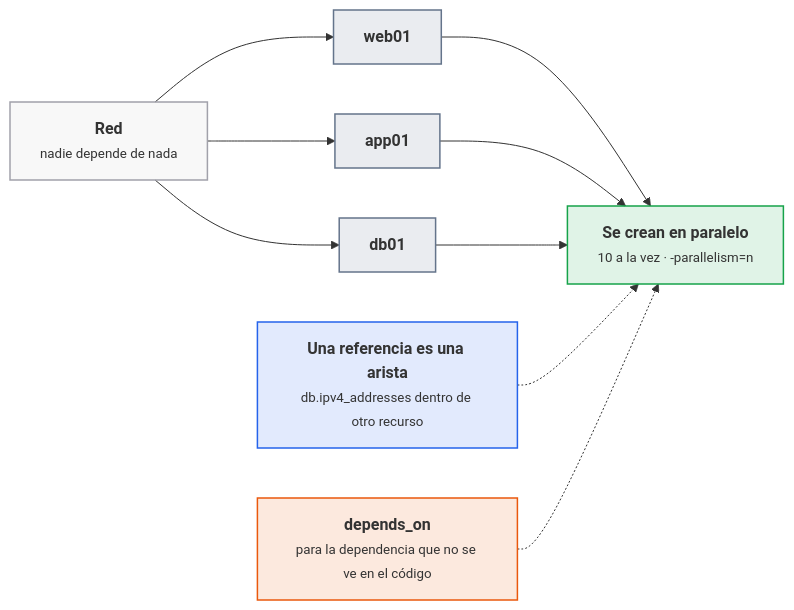
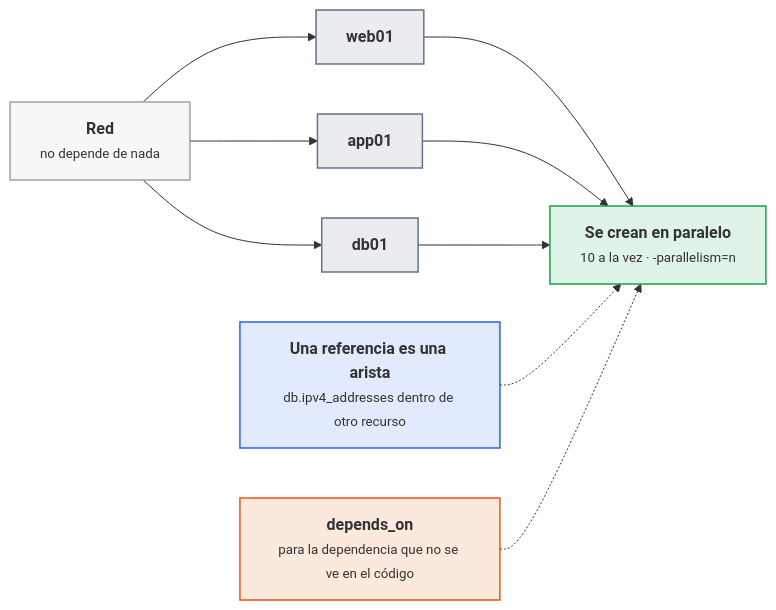
The third of 6 diagrams in docs/ut/ut5-iac.md (victor-educ/apuntes-5166), drawn with Mermaid before and after one commit. The commit also changed other lines of this file and 10 other files, not shown here.

````diff
--- a/docs/ut/ut5-iac.md
+++ b/docs/ut/ut5-iac.md
@@ -401,19 +459,19 @@
 ```mermaid
 flowchart LR
-    N["<b>Red</b><br><small>nadie depende de nada</small>"]:::infra
+    N["<b>Red</b><br><small>no depende de nada</small>"]:::infra
     W["<b>web01</b>"]:::pieza
     A["<b>app01</b>"]:::pieza
     D["<b>db01</b>"]:::pieza
     P["<b>Se crean en paralelo</b><br><small>10 a la vez · -parallelism=n</small>"]:::ok
     REF["<b>Una referencia es una arista</b><br><small>db.ipv4_addresses dentro de otro recurso</small>"]:::dato
     DEP["<b>depends_on</b><br><small>para la dependencia que no se ve en el código</small>"]:::act
     N --> W & A & D --> P
     REF -.-> P
     DEP -.-> P
     classDef act fill:#ea580c22,stroke:#ea580c,stroke-width:1.5px
     classDef pieza fill:#64748b22,stroke:#64748b,stroke-width:1.5px
     classDef dato fill:#2563eb22,stroke:#2563eb,stroke-width:1.5px
     classDef infra fill:#a1a1aa14,stroke:#a1a1aa,stroke-width:1.5px
     classDef ok fill:#16a34a22,stroke:#16a34a,stroke-width:1.5px
     classDef riesgo fill:#dc262622,stroke:#dc2626,stroke-width:1.5px
 ```
````
